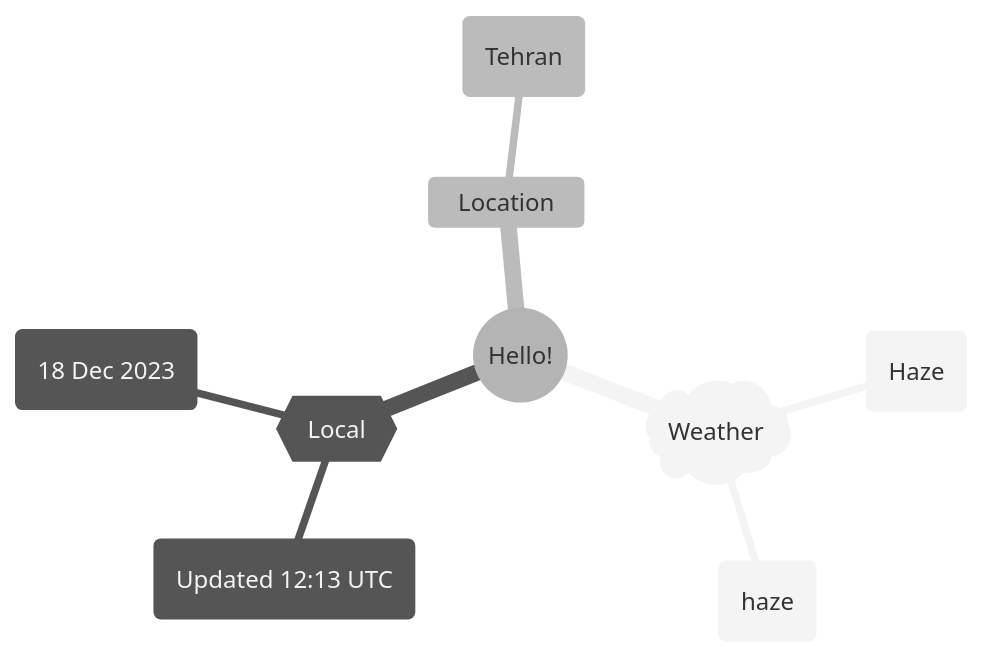
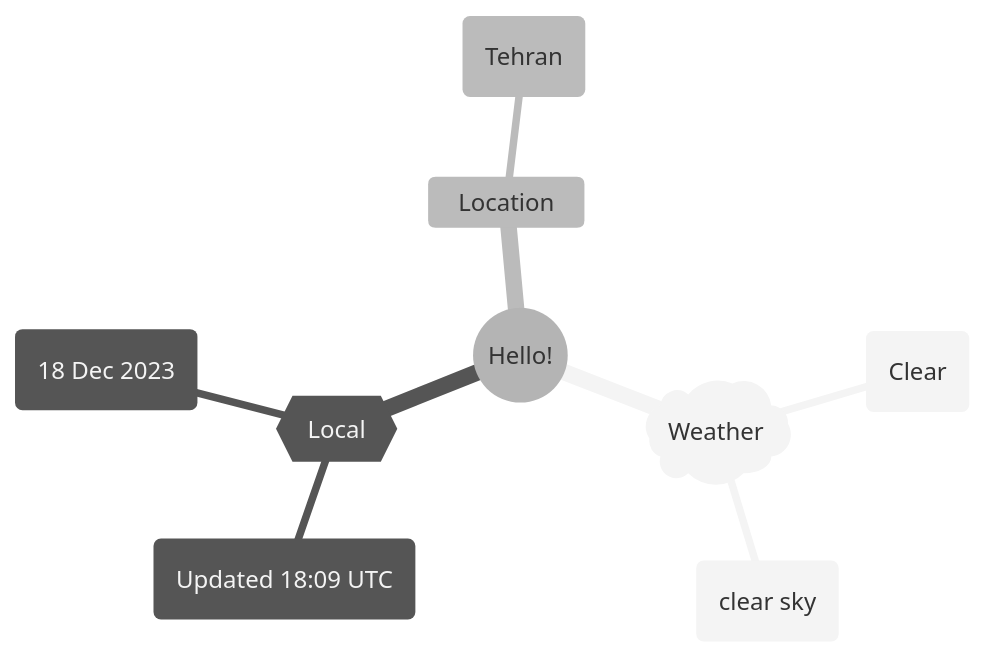
Before and after one commit to Xosrov/Xosrov: the first of 2 diagrams in README.md, drawn with Mermaid (neutral theme).

Commit message:
[bot] updated images

````diff
--- a/README.md
+++ b/README.md
@@ -3,12 +3,12 @@
 ```mermaid
 mindmap
   root((Hello!))
     )Weather(
-        (Haze)
-        (haze)
+        (Clear)
+        (clear sky)
     {{Local}}
-        (Updated 12:13 UTC)
+        (Updated 18:09 UTC)
         (18 Dec 2023)
     Location
         (Tehran)
 ```
````
